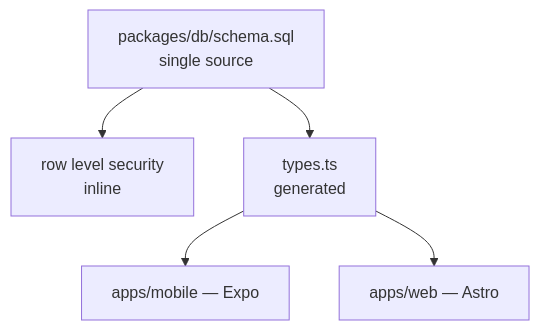
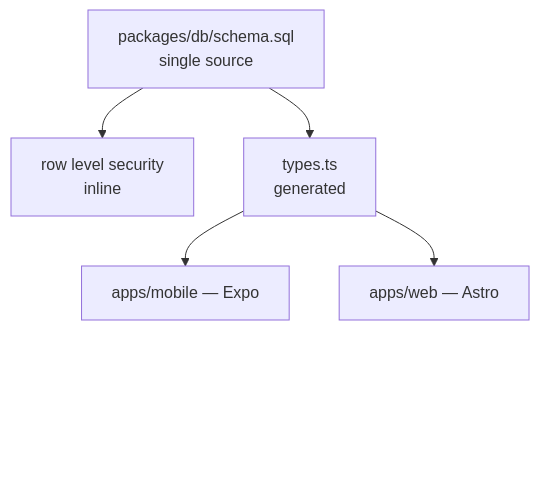
Before and after one commit to mobilteknolojileri/case-studies: the first of 2 diagrams in ingilizceciyiz.md, drawn with Mermaid. The commit also changed other lines of this file, not shown here.

Commit message:
docs(ingilizceciyiz): keep diagrams clear of github controls

````diff
--- a/ingilizceciyiz.md
+++ b/ingilizceciyiz.md
@@ -34,13 +34,19 @@
 ```mermaid
 flowchart TD
     S["packages/db/schema.sql<br/>single source"]
     R["row level security<br/>inline"]
     T["types.ts<br/>generated"]
     M["apps/mobile — Expo"]
     W["apps/web — Astro"]
+    SP[" "]
+    SQ[" "]
 
     S --> R
     S --> T
     T --> M
     T --> W
+    W ~~~ SP
+    SP ~~~ SQ
+    classDef spacer fill:none,stroke:none
+    class SP,SQ spacer
 ```
````
